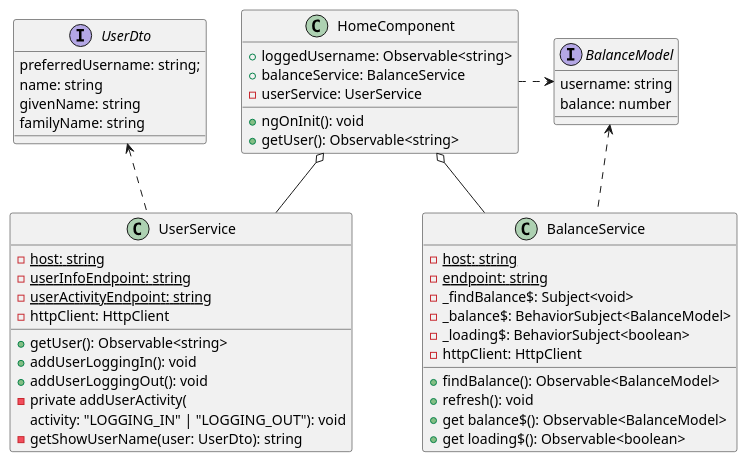
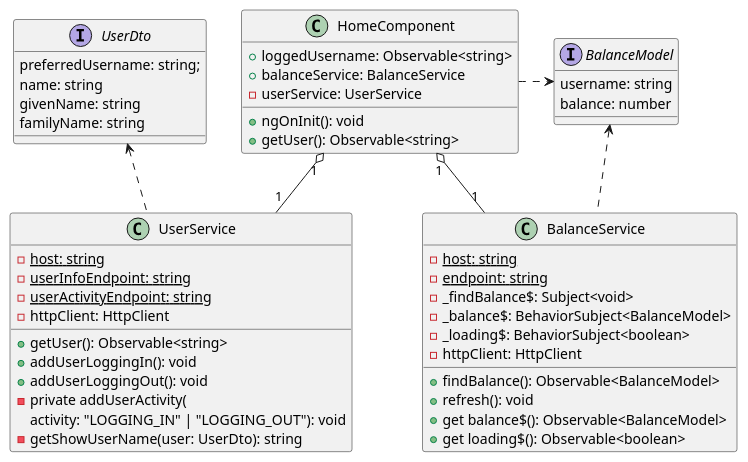
One commit to lukaszse/simple-bills changed the diagram in diagrams/class-diagrams/frontend/home-class-diagram.puml. Above: the diagram before and after it, drawn with PlantUML. The commit also changed 3 other files, not shown here.

Commit message:
correct class diagrams

```diff
--- a/diagrams/class-diagrams/frontend/home-class-diagram.puml
+++ b/diagrams/class-diagrams/frontend/home-class-diagram.puml
@@ -1,57 +1,57 @@
 @startuml
 'https://plantuml.com/sequence-diagram
 
 class HomeComponent {
     +loggedUsername: Observable<string>
     +balanceService: BalanceService
     -userService: UserService
     +ngOnInit(): void
     +getUser(): Observable<string>
 }
 
 class BalanceService {
     -{static}host: string
     -{static}endpoint: string
     -_findBalance$: Subject<void>
     -_balance$: BehaviorSubject<BalanceModel>
     -_loading$: BehaviorSubject<boolean>
     -httpClient: HttpClient
    +findBalance(): Observable<BalanceModel>
    +refresh(): void
    +get balance$(): Observable<BalanceModel>
    +get loading$(): Observable<boolean>
 }
 
 interface BalanceModel {
   username: string
   balance: number
 }
 
 class UserService {
     -{static}host: string
     -{static}userInfoEndpoint: string
     -{static}userActivityEndpoint: string
     -httpClient: HttpClient
     +getUser(): Observable<string>
     +addUserLoggingIn(): void
     +addUserLoggingOut(): void
     -private addUserActivity(
     activity: "LOGGING_IN" | "LOGGING_OUT"): void
     -getShowUserName(user: UserDto): string
 }
 
 interface UserDto {
   preferredUsername: string;
   name: string
   givenName: string
   familyName: string
 }
 
-HomeComponent o-- BalanceService
-HomeComponent o-- UserService
+HomeComponent "1" o-- "1" BalanceService
+HomeComponent "1" o-- "1" UserService
 HomeComponent .right.> BalanceModel
 BalanceService .up.> BalanceModel
 UserService .up.> UserDto
 
 
 @enduml
```
